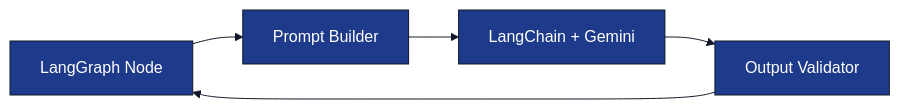
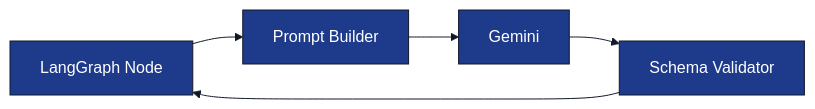
One commit to Veeru123456778/ai-interview-service changed the diagram in docs/tech-spec/11_prompt_architecture.md. Above: the diagram before and after it, drawn with Mermaid. The commit also changed other lines of this file, not shown here.

````diff
--- a/docs/tech-spec/11_prompt_architecture.md
+++ b/docs/tech-spec/11_prompt_architecture.md
@@ -95,32 +102,32 @@
 ```mermaid
 %%{init:{
   "theme":"base",
   "themeVariables":{
     "background":"#FFFFFF",
     "primaryColor":"#1E3A8A",
     "primaryTextColor":"#FFFFFF",
     "primaryBorderColor":"#111827",
     "secondaryColor":"#2563EB",
     "secondaryTextColor":"#FFFFFF",
     "tertiaryColor":"#DBEAFE",
     "lineColor":"#111827",
     "edgeLabelBackground":"#FFFFFF",
     "fontFamily":"Inter"
   }
 }}%%
 
 flowchart LR
 
     NODE["LangGraph Node"]
 
     BUILDER["Prompt Builder"]
 
-    PROVIDER["LangChain + Gemini"]
+    GEMINI["Gemini"]
 
-    VALIDATOR["Output Validator"]
+    VALIDATOR["Schema Validator"]
 
     NODE --> BUILDER
-    BUILDER --> PROVIDER
-    PROVIDER --> VALIDATOR
+    BUILDER --> GEMINI
+    GEMINI --> VALIDATOR
     VALIDATOR --> NODE
 ```
````
